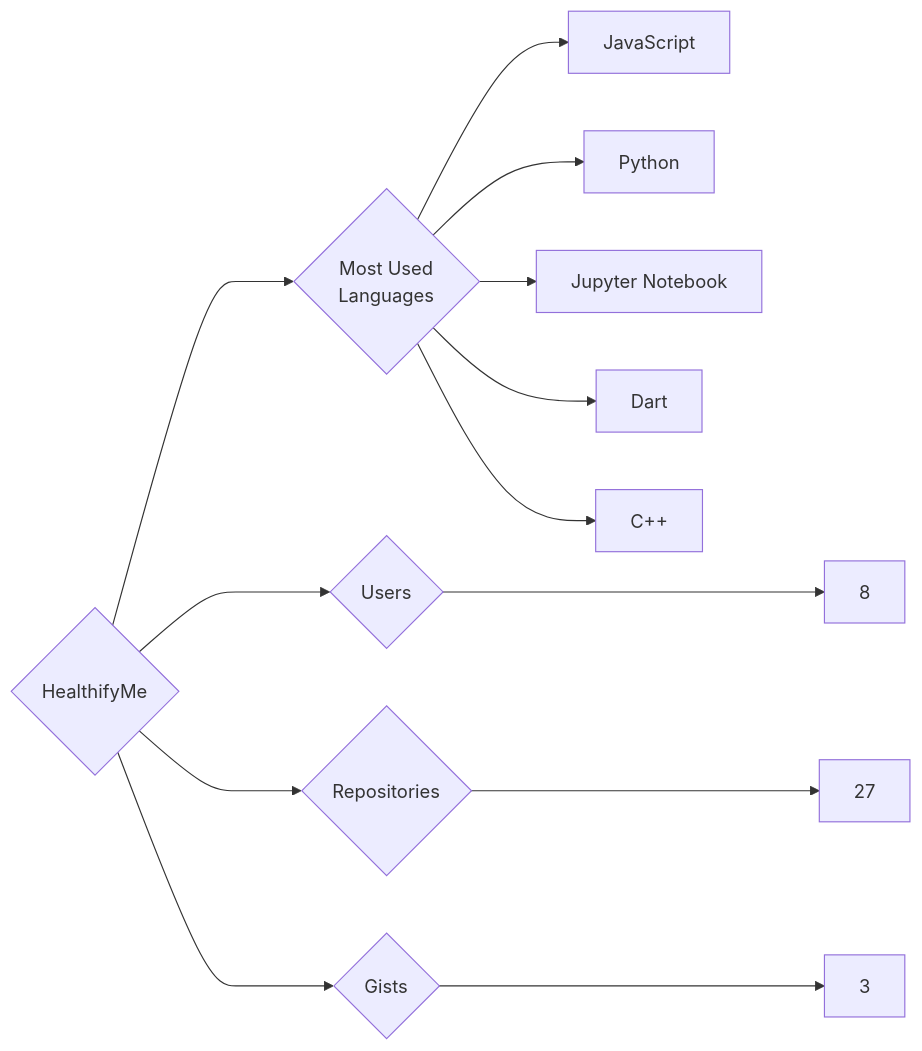
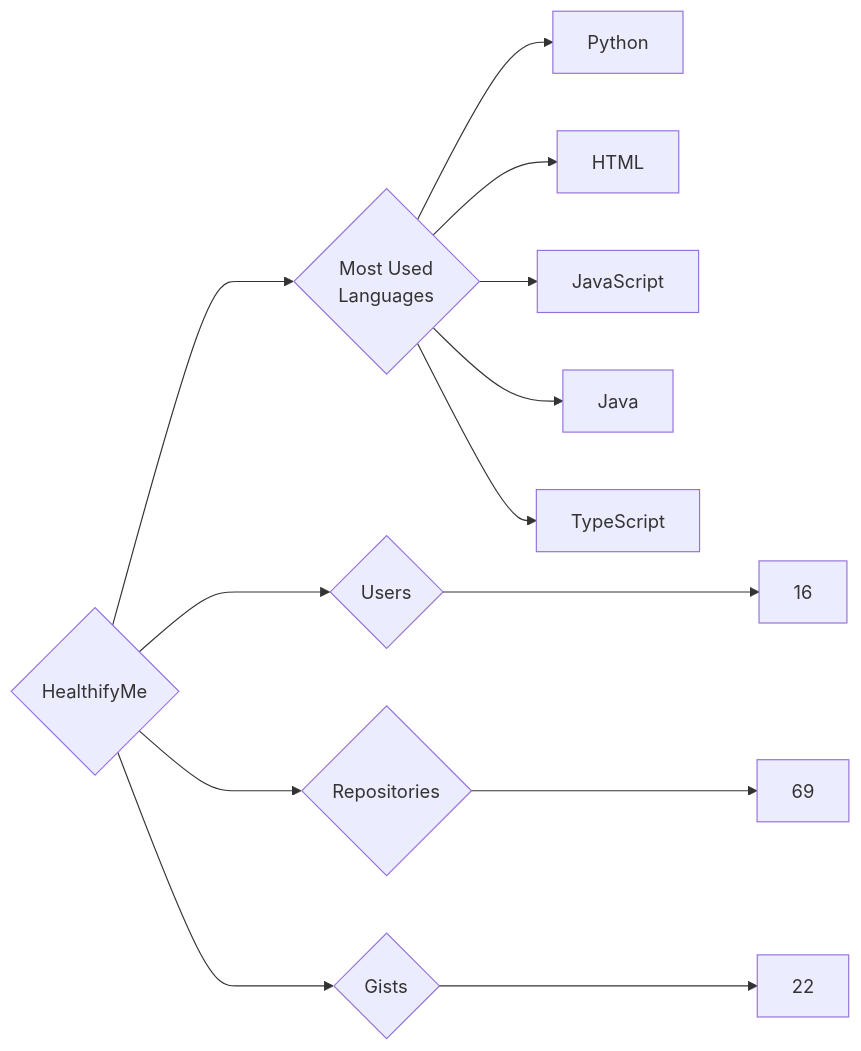
The diagram in targets/HealthifyMe/README.md (trickest/insiders), drawn with Mermaid before and after one commit. The commit also changed 924 other files, not shown here.

````diff
--- a/targets/HealthifyMe/README.md
+++ b/targets/HealthifyMe/README.md
@@ -3,13 +3,13 @@
 ```mermaid
 graph LR
 COMPANY_NAME{HealthifyMe}
-COMPANY_NAME ---> U{Users} ---> UN[8]
-COMPANY_NAME ---> R{Repositories} ---> RN[27]
-COMPANY_NAME ---> G{Gists} ---> GN[3]
+COMPANY_NAME ---> U{Users} ---> UN[16]
+COMPANY_NAME ---> R{Repositories} ---> RN[69]
+COMPANY_NAME ---> G{Gists} ---> GN[22]
 COMPANY_NAME ---> ML{Most Used<br>Languages}
+ML --> Python[Python]
+ML --> HTML[HTML]
 ML --> JavaScript[JavaScript]
-ML --> Python[Python]
-ML --> Jupyter_Notebook[Jupyter Notebook]
-ML --> Dart[Dart]
-ML --> C++[C++]
+ML --> Java[Java]
+ML --> TypeScript[TypeScript]
 ```
````
